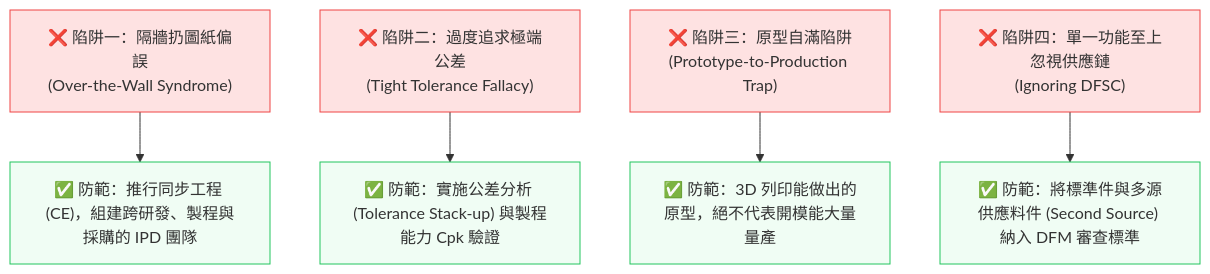
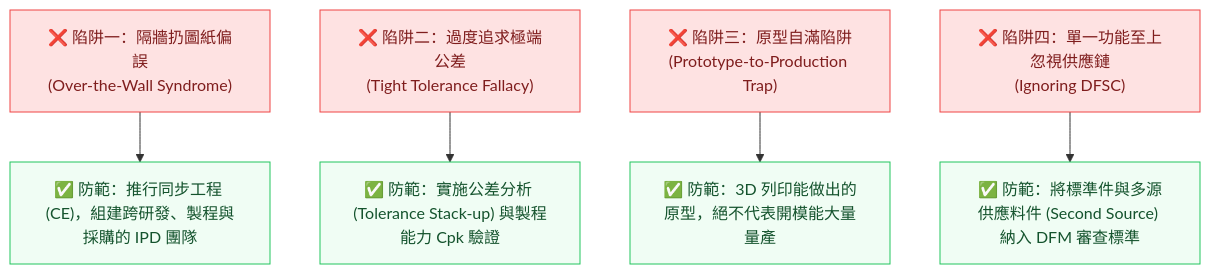
Before and after one commit to Jimlin0428/my-digital-garden: the fourth of 4 diagrams in src/site/notes/98_商業概念庫/dfm-design-for-manufacturability_可製造性設計.md, drawn with Mermaid. The commit also changed other lines of this file and 99 other files, not shown here.

````diff
--- a/src/site/notes/98_商業概念庫/dfm-design-for-manufacturability_可製造性設計.md
+++ b/src/site/notes/98_商業概念庫/dfm-design-for-manufacturability_可製造性設計.md
@@ -194,16 +194,16 @@
 ```mermaid
 flowchart TD
     Trap1["❌ 陷阱一：隔牆扔圖紙偏誤<br>(Over-the-Wall Syndrome)"] --> Fix1["✅ 防範：推行同步工程 (CE)，組建跨研發、製程與採購的 IPD 團隊"]
     Trap2["❌ 陷阱二：過度追求極端公差<br>(Tight Tolerance Fallacy)"] --> Fix2["✅ 防範：實施公差分析 (Tolerance Stack-up) 與製程能力 Cpk 驗證"]
     Trap3["❌ 陷阱三：原型自滿陷阱<br>(Prototype-to-Production Trap)"] --> Fix3["✅ 防範：3D 列印能做出的原型，絕不代表開模能大量量產"]
     Trap4["❌ 陷阱四：單一功能至上忽視供應鏈<br>(Ignoring DFSC)"] --> Fix4["✅ 防範：將標準件與多源供應料件 (Second Source) 納入 DFM 審查標準"]
 
-    style Trap1 fill:#fee2e2,stroke:#ef4444,stroke-width:1px
-    style Trap2 fill:#fee2e2,stroke:#ef4444,stroke-width:1px
-    style Trap3 fill:#fee2e2,stroke:#ef4444,stroke-width:1px
-    style Trap4 fill:#fee2e2,stroke:#ef4444,stroke-width:1px
-    style Fix1 fill:#f0fdf4,stroke:#22c55e,stroke-width:1px
-    style Fix2 fill:#f0fdf4,stroke:#22c55e,stroke-width:1px
-    style Fix3 fill:#f0fdf4,stroke:#22c55e,stroke-width:1px
-    style Fix4 fill:#f0fdf4,stroke:#22c55e,stroke-width:1px
+    style Trap1 fill:#fee2e2,stroke:#ef4444,stroke-width:1px,color:#7f1d1d
+    style Trap2 fill:#fee2e2,stroke:#ef4444,stroke-width:1px,color:#7f1d1d
+    style Trap3 fill:#fee2e2,stroke:#ef4444,stroke-width:1px,color:#7f1d1d
+    style Trap4 fill:#fee2e2,stroke:#ef4444,stroke-width:1px,color:#7f1d1d
+    style Fix1 fill:#f0fdf4,stroke:#22c55e,stroke-width:1px,color:#14532d
+    style Fix2 fill:#f0fdf4,stroke:#22c55e,stroke-width:1px,color:#14532d
+    style Fix3 fill:#f0fdf4,stroke:#22c55e,stroke-width:1px,color:#14532d
+    style Fix4 fill:#f0fdf4,stroke:#22c55e,stroke-width:1px,color:#14532d
 ```
````
